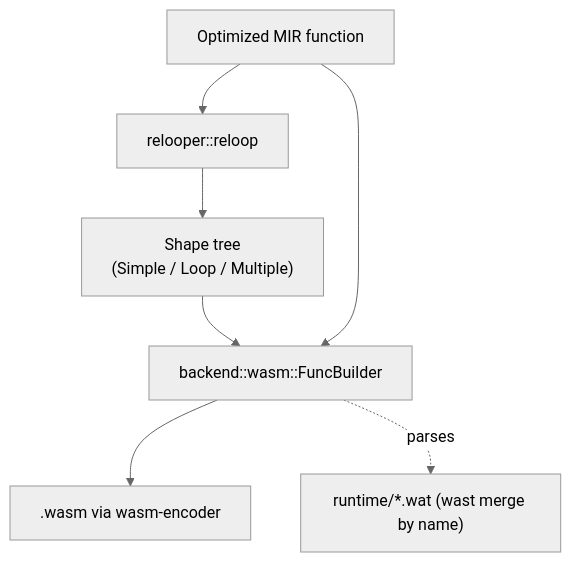
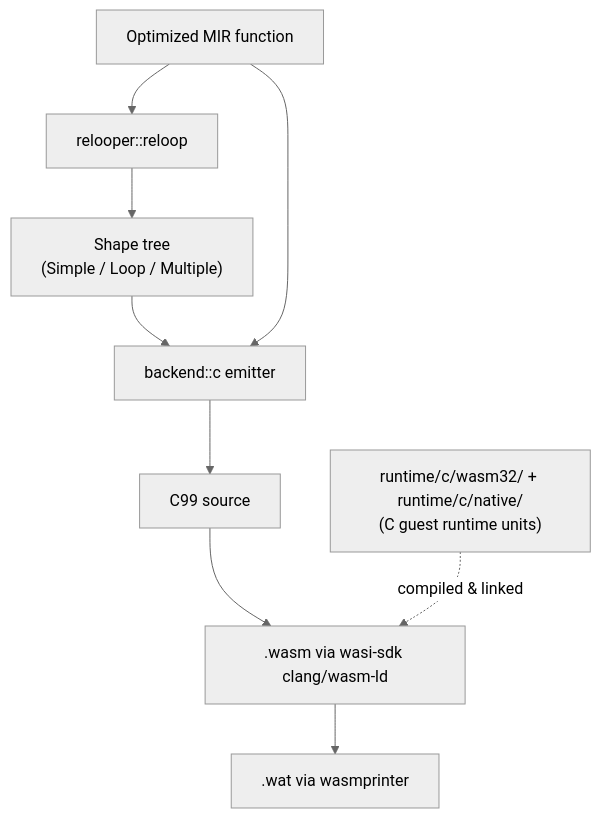
One commit to sps014/dream changed the first of 4 diagrams in docs/internals/06-relooper-and-backend.md. Above: the diagram before and after it, drawn with Mermaid (neutral theme). The commit also changed other lines of this file and 105 other files, not shown here.

````diff
--- a/docs/internals/06-relooper-and-backend.md
+++ b/docs/internals/06-relooper-and-backend.md
@@ -7,9 +7,11 @@
 ```mermaid
 flowchart TD
     mir[Optimized MIR function] --> rl[relooper::reloop]
     rl --> shape["Shape tree\n(Simple / Loop / Multiple)"]
-    shape --> emit[backend::wasm::FuncBuilder]
+    shape --> emit[backend::c emitter]
     mir --> emit
-    emit --> wasm[".wasm via wasm-encoder"]
-    emit -. parses .-> rt["runtime/*.wat (wast merge by name)"]
+    emit --> c["C99 source"]
+    c --> wasm[".wasm via wasi-sdk clang/wasm-ld"]
+    wasm --> wat[".wat via wasmprinter"]
+    rt["runtime/c/wasm32/ + runtime/c/native/\n(C guest runtime units)"] -. compiled & linked .-> wasm
 ```
````
